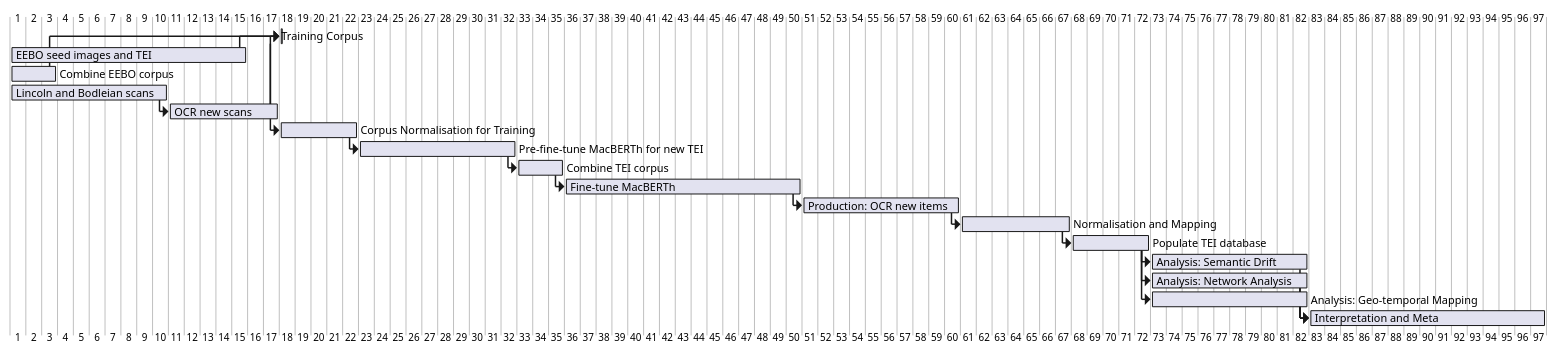
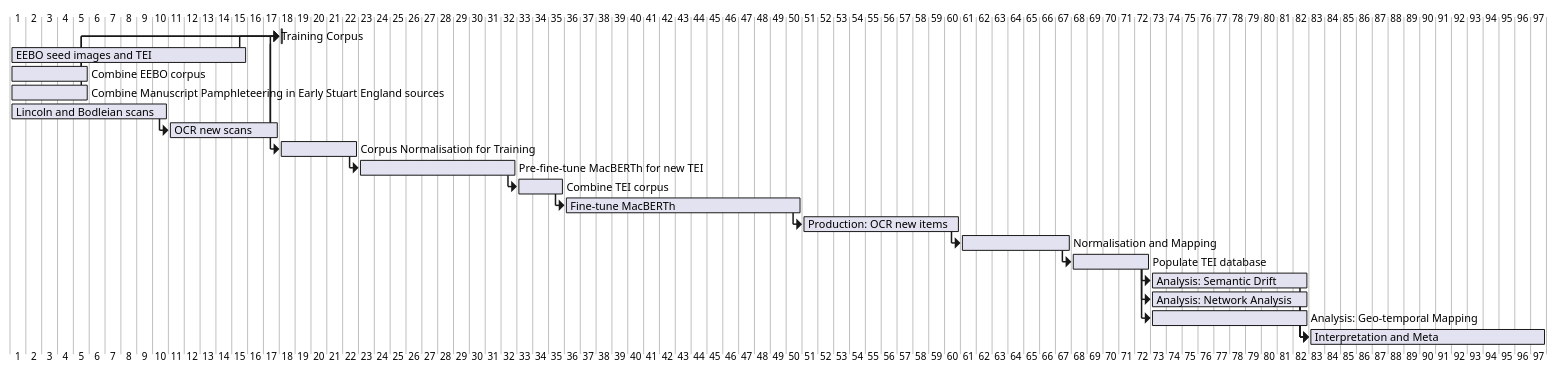
The diagram in docs/uml/old/gantt_diagram.puml (leegee/mutatis-mutandis), drawn with PlantUML before and after one commit. The commit also changed 6 other files, not shown here.

```diff
--- a/docs/uml/old/gantt_diagram.puml
+++ b/docs/uml/old/gantt_diagram.puml
@@ -1,51 +1,53 @@
 @startgantt
 [Training Corpus] lasts 0 days
 
 ' --- Corpus building ---
 [EEBO seed images and TEI] lasts 15 days
-[Combine EEBO corpus] lasts 3 days
+[Combine EEBO corpus] lasts 5 days
+[Combine Manuscript Pamphleteering in Early Stuart England sources] lasts 5 days
 [Lincoln and Bodleian scans] lasts 10 days
 [OCR new scans] lasts 7 days
 
 ' --- Corpus normalisation for MacBERTh training ---
 [Corpus Normalisation for Training] lasts 5 days
 [Pre-fine-tune MacBERTh for new TEI] lasts 10 days
 [Combine TEI corpus] lasts 3 days
 [Fine-tune MacBERTh] lasts 15 days
 
 ' --- Production normalisation & analysis ---
 [Production: OCR new items] lasts 10 days
 [Normalisation and Mapping] lasts 7 days
 [Populate TEI database] lasts 5 days
 [Analysis: Semantic Drift] lasts 10 days
 [Analysis: Network Analysis] lasts 10 days
 [Analysis: Geo-temporal Mapping] lasts 10 days
 [Interpretation and Meta] lasts 15 days
 
 ' --- Dependencies ---
 ' Initial corpus contributions
 [EEBO seed images and TEI] --> [Training Corpus]
 [Combine EEBO corpus] --> [Training Corpus]
+[Combine Manuscript Pamphleteering in Early Stuart England sources] --> [Training Corpus]
 
 ' New scans feed into corpus
 [Lincoln and Bodleian scans] --> [OCR new scans]
 [OCR new scans] --> [Training Corpus]
 
 ' Corpus normalisation for training
 [Training Corpus] --> [Corpus Normalisation for Training]
 [Corpus Normalisation for Training] --> [Pre-fine-tune MacBERTh for new TEI]
 [Pre-fine-tune MacBERTh for new TEI] --> [Combine TEI corpus]
 [Combine TEI corpus] --> [Fine-tune MacBERTh]
 
 ' Production and downstream
 [Fine-tune MacBERTh] --> [Production: OCR new items]
 [Production: OCR new items] --> [Normalisation and Mapping]
 [Normalisation and Mapping] --> [Populate TEI database]
 [Populate TEI database] --> [Analysis: Semantic Drift]
 [Populate TEI database] --> [Analysis: Network Analysis]
 [Populate TEI database] --> [Analysis: Geo-temporal Mapping]
 [Analysis: Semantic Drift] --> [Interpretation and Meta]
 [Analysis: Network Analysis] --> [Interpretation and Meta]
 [Analysis: Geo-temporal Mapping] --> [Interpretation and Meta]
 
 @endgantt
```
